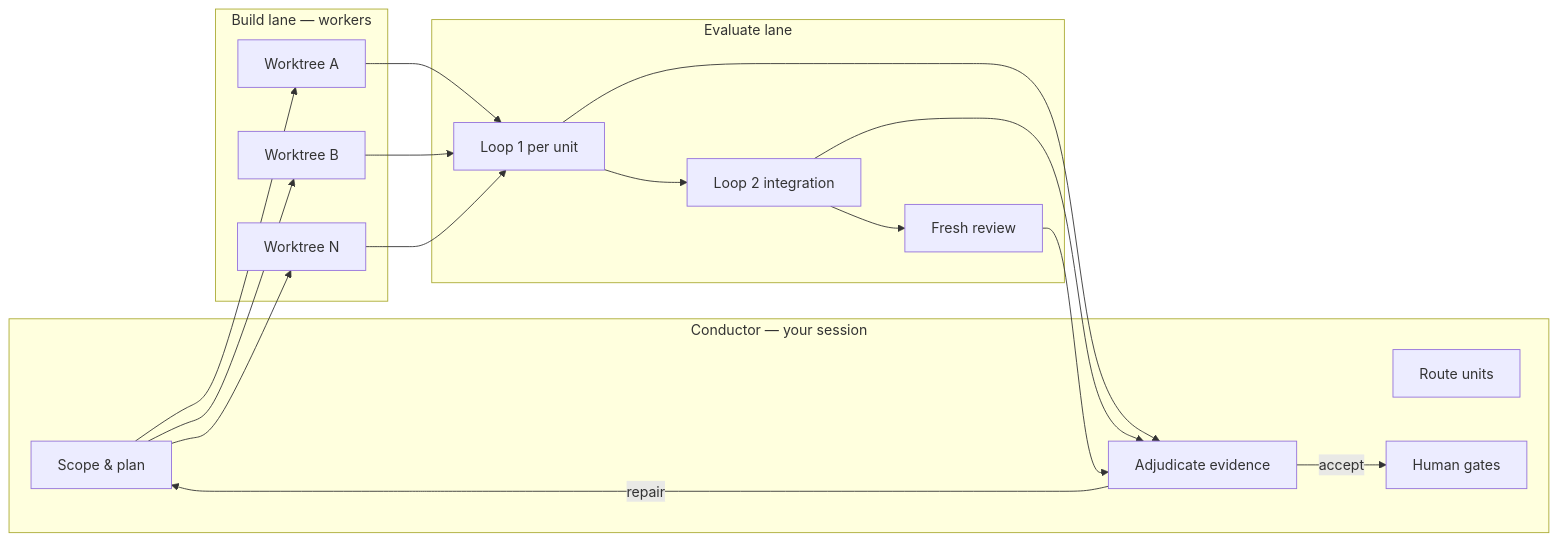
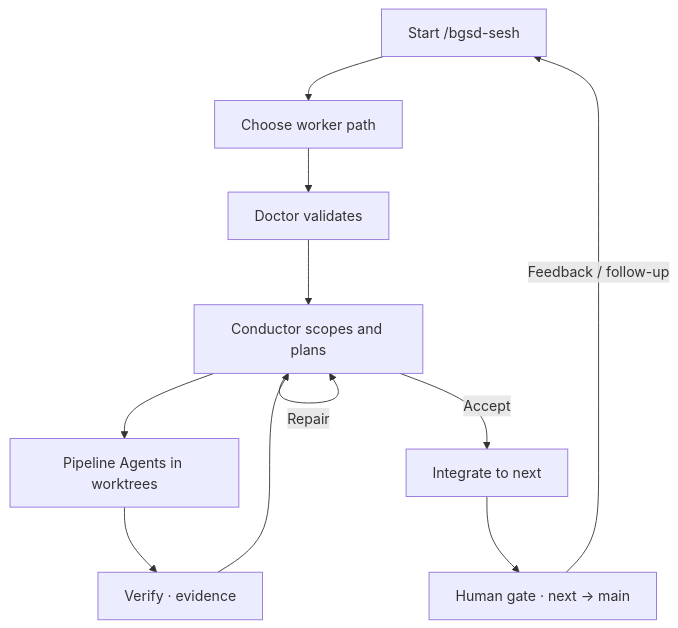
Before and after one commit to filippo-fonseca/better-gsd: the diagram in bgsd/site/src/content/docs/mental-model.mdx, drawn with Mermaid. The commit also changed other lines of this file and 2 other files, not shown here.

Commit message:
docs: generalize architecture around the sesh loop
Replace model-named worker boxes with the real /bgsd-sesh flow —
selectors, Doctor, plan, worktrees, verify, adjudicate, human gate,
and feedback — in the README and Starlight docs.

````diff
--- a/bgsd/site/src/content/docs/mental-model.mdx
+++ b/bgsd/site/src/content/docs/mental-model.mdx
@@ -21,24 +23,13 @@
 ```mermaid
-flowchart LR
-    subgraph conductor [Conductor — your session]
-        S[Scope & plan]
-        R[Route units]
-        A[Adjudicate evidence]
-        G[Human gates]
-    end
-    subgraph build [Build lane — workers]
-        W1[Worktree A]
-        W2[Worktree B]
-        W3[Worktree N]
-    end
-    subgraph eval [Evaluate lane]
-        L1[Loop 1 per unit]
-        L2[Loop 2 integration]
-        FR[Fresh review]
-    end
-    S --> W1 & W2 & W3
-    W1 & W2 & W3 --> L1 --> L2 --> FR
-    L1 & L2 & FR --> A
-    A -->|repair| S
-    A -->|accept| G
+flowchart TD
+    S[Start /bgsd-sesh] --> SEL[Choose worker path]
+    SEL --> DOC[Doctor validates]
+    DOC --> C[Conductor scopes and plans]
+    C --> PA[Pipeline Agents in worktrees]
+    PA --> V[Verify · evidence]
+    V --> C
+    C -->|Repair| C
+    C -->|Accept| N[Integrate to next]
+    N --> H[Human gate · next → main]
+    H -->|Feedback / follow-up| S
 ```
````
